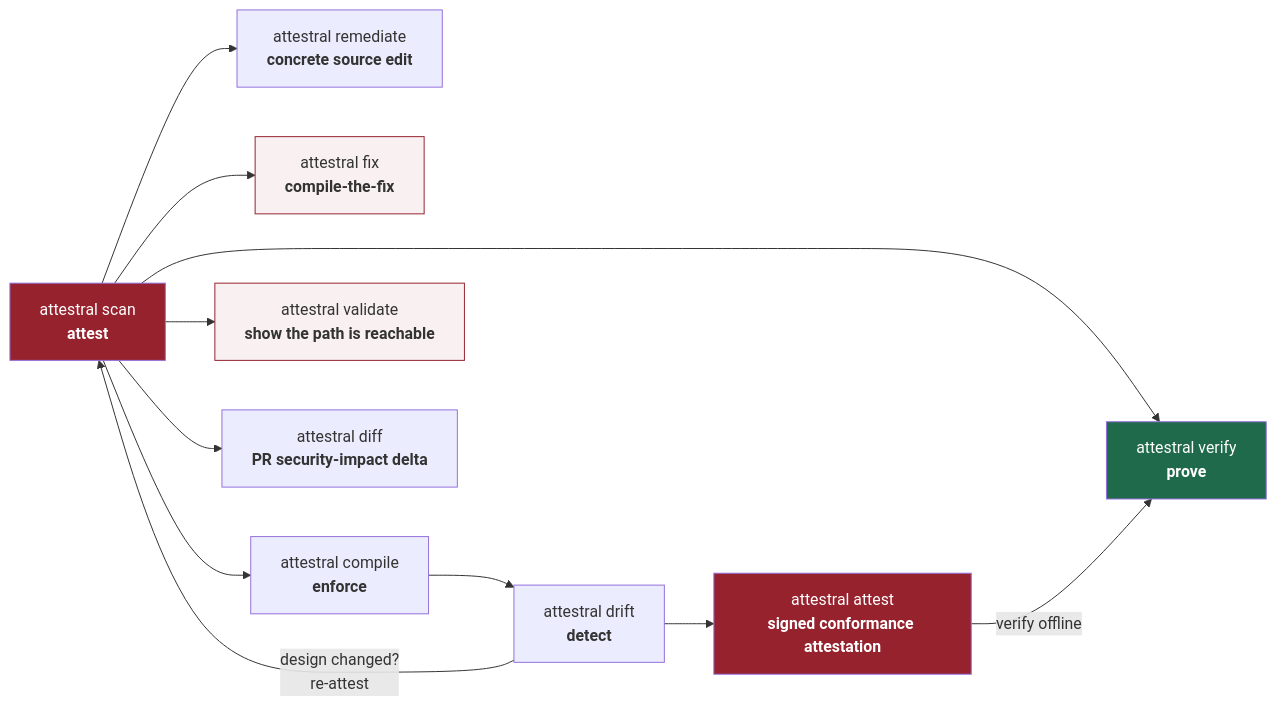
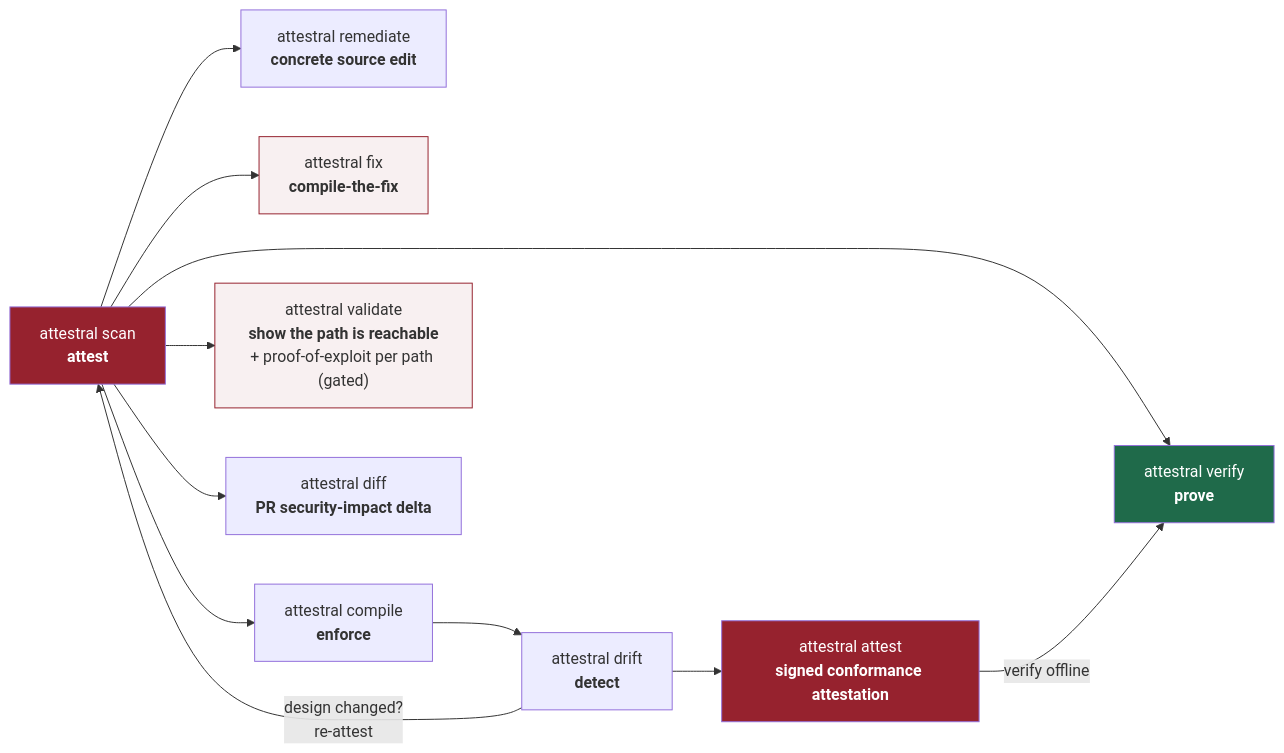
One commit to attestral-labs/attestral changed the second of 4 diagrams in README.md. Above: the diagram before and after it, drawn with Mermaid. The commit also changed 6 other files, not shown here.

````diff
--- a/README.md
+++ b/README.md
@@ -267,18 +267,18 @@
 ```mermaid
 flowchart LR
     A["attestral scan<br/><b>attest</b>"] --> B["attestral verify<br/><b>prove</b>"]
     A --> R["attestral remediate<br/><b>concrete source edit</b>"]
     A --> F["attestral fix<br/><b>compile-the-fix</b>"]
     A --> C["attestral compile<br/><b>enforce</b>"]
     C --> D["attestral drift<br/><b>detect</b>"]
     D --> AT["attestral attest<br/><b>signed conformance attestation</b>"]
     AT -->|"verify offline"| B
     D -->|"design changed?<br/>re-attest"| A
-    A --> V["attestral validate<br/><b>show the path is reachable</b>"]
+    A --> V["attestral validate<br/><b>show the path is reachable</b><br/>+ proof-of-exploit per path (gated)"]
     A --> DF["attestral diff<br/><b>PR security-impact delta</b>"]
     style A fill:#96222E,color:#fff
     style B fill:#1F6A4A,color:#fff
     style F fill:#96222E11,stroke:#96222E
     style V fill:#96222E11,stroke:#96222E
     style AT fill:#96222E,color:#fff
 ```
````
